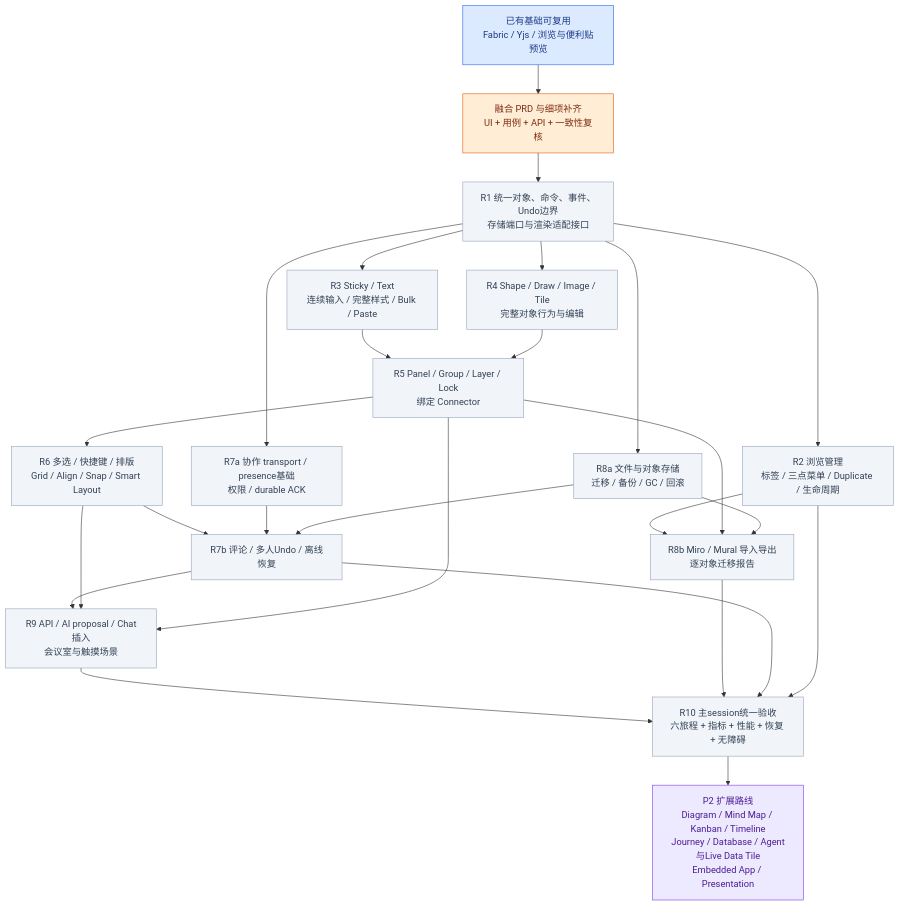
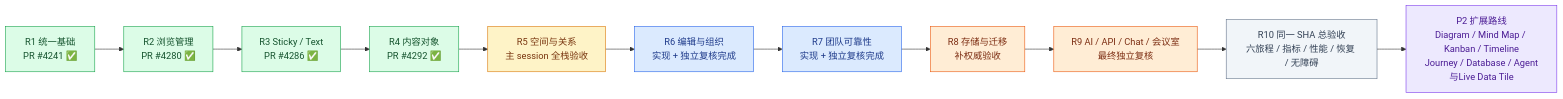
One commit to boardx/workspacex changed the first of 2 diagrams in phases/phase-19-board-visual-workspace/design-deltas/2026-09-26-unified-board-plan.md. Above: the diagram before and after it, drawn with Mermaid. The commit also changed other lines of this file, not shown here.

Commit message:
docs(board): refresh ten-iteration delivery plan

````diff
--- a/phases/phase-19-board-visual-workspace/design-deltas/2026-09-26-unified-board-plan.md
+++ b/phases/phase-19-board-visual-workspace/design-deltas/2026-09-26-unified-board-plan.md
@@ -23,33 +23,19 @@
 ```mermaid
-flowchart TD
-  E["已有基础可复用<br/>Fabric / Yjs / 浏览与便利贴预览"]:::evidence
-  U["融合 PRD 与细项补齐<br/>UI + 用例 + API + 一致性复核"]:::design
-  E --> U
-  U --> K["R1 统一对象、命令、事件、Undo边界<br/>存储端口与渲染适配接口"]:::todo
-  K --> L["R2 浏览管理<br/>标签 / 三点菜单 / Duplicate / 生命周期"]:::todo
-  K --> S["R3 Sticky / Text<br/>连续输入 / 完整样式 / Bulk / Paste"]:::todo
-  K --> O["R4 Shape / Draw / Image / Tile<br/>完整对象行为与编辑"]:::todo
-  K --> C["R7a 协作 transport / presence基础<br/>权限 / durable ACK"]:::todo
-  K --> B["R8a 文件与对象存储<br/>迁移 / 备份 / GC / 回滚"]:::todo
-  S --> P["R5 Panel / Group / Layer / Lock<br/>绑定 Connector"]:::todo
-  O --> P
-  P --> X["R6 多选 / 快捷键 / 排版<br/>Grid / Align / Snap / Smart Layout"]:::todo
-  X --> H["R7b 评论 / 多人Undo / 离线恢复"]:::todo
-  C --> H
-  B --> H
-  L --> M["R8b Miro / Mural 导入导出<br/>逐对象迁移报告"]:::todo
-  P --> M
-  B --> M
-  H --> A["R9 API / AI proposal / Chat插入<br/>会议室与触摸场景"]:::todo
-  X --> A
-  P --> A
-  A --> Q["R10 主session统一验收<br/>六旅程 + 指标 + 性能 + 恢复 + 无障碍"]:::todo
-  M --> Q
-  H --> Q
-  L --> Q
-  Q --> F["P2 扩展路线<br/>Diagram / Mind Map / Kanban / Timeline<br/>Journey / Database / Agent与Live Data Tile<br/>Embedded App / Presentation"]:::future
-  classDef evidence fill:#dbeafe,stroke:#2563eb,color:#1e3a8a
-  classDef design fill:#ffedd5,stroke:#ea580c,color:#7c2d12
-  classDef todo fill:#f1f5f9,stroke:#94a3b8,color:#334155
+flowchart LR
+  R1["R1 统一基础<br/>PR #4241 ✅"]:::merged --> R2["R2 浏览管理<br/>PR #4280 ✅"]:::merged
+  R2 --> R3["R3 Sticky / Text<br/>PR #4286 ✅"]:::merged
+  R3 --> R4["R4 内容对象<br/>PR #4292 ✅"]:::merged
+  R4 --> R5["R5 空间与关系<br/>主 session 全栈验收"]:::accepting
+  R5 --> R6["R6 编辑与组织<br/>实现 + 独立复核完成"]:::ready
+  R6 --> R7["R7 团队可靠性<br/>实现 + 独立复核完成"]:::ready
+  R7 --> R8["R8 存储与迁移<br/>补权威验收"]:::working
+  R8 --> R9["R9 AI / API / Chat / 会议室<br/>最终独立复核"]:::working
+  R9 --> R10["R10 同一 SHA 总验收<br/>六旅程 / 指标 / 性能 / 恢复 / 无障碍"]:::todo
+  R10 --> P2["P2 扩展路线<br/>Diagram / Mind Map / Kanban / Timeline<br/>Journey / Database / Agent与Live Data Tile"]:::future
+  classDef merged fill:#dcfce7,stroke:#16a34a,color:#14532d
+  classDef accepting fill:#fef3c7,stroke:#d97706,color:#78350f
+  classDef ready fill:#dbeafe,stroke:#2563eb,color:#1e3a8a
+  classDef working fill:#ffedd5,stroke:#ea580c,color:#7c2d12
+  classDef todo fill:#f1f5f9,stroke:#64748b,color:#334155
   classDef future fill:#ede9fe,stroke:#7c3aed,color:#4c1d95
 ```
````
